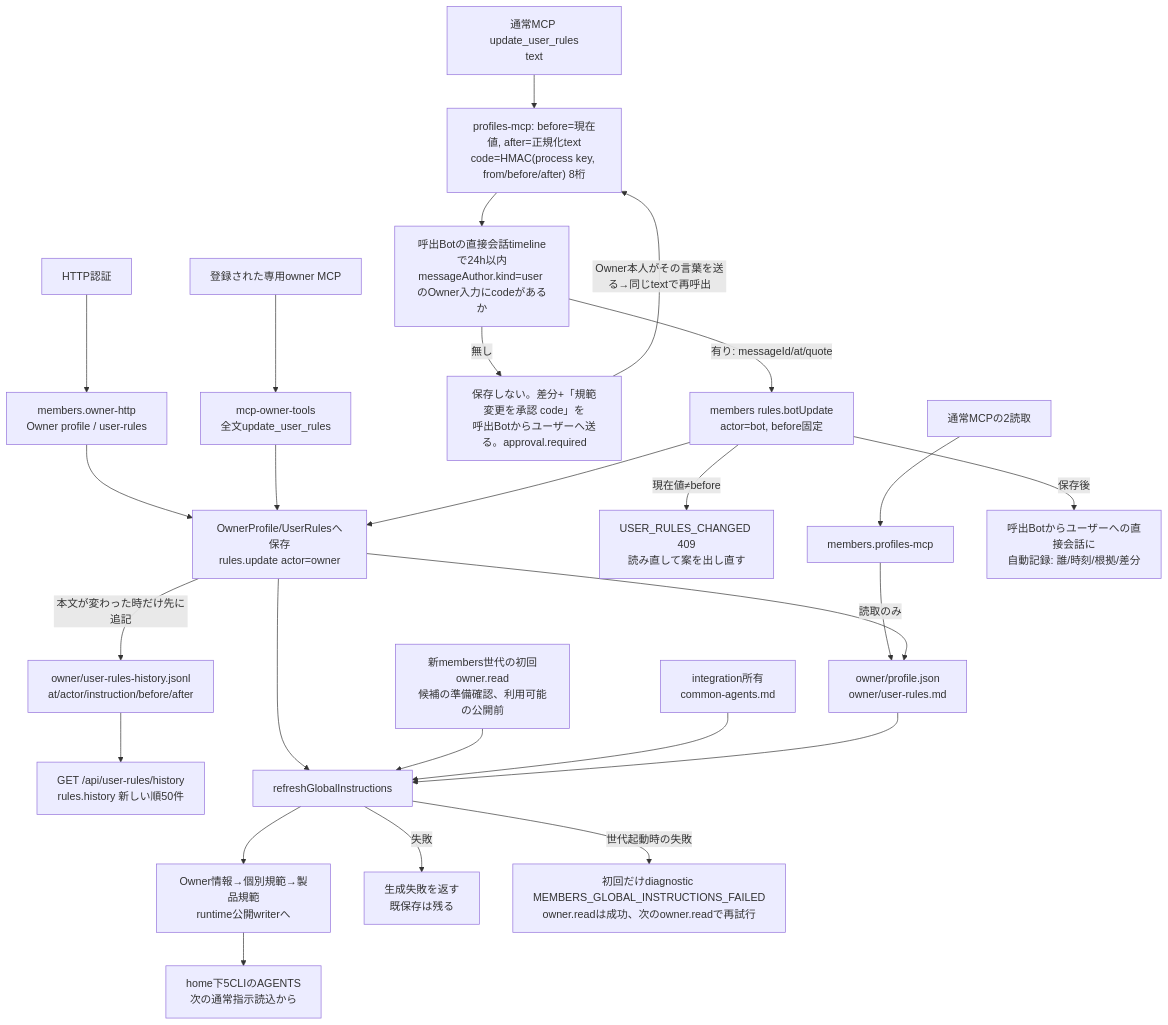
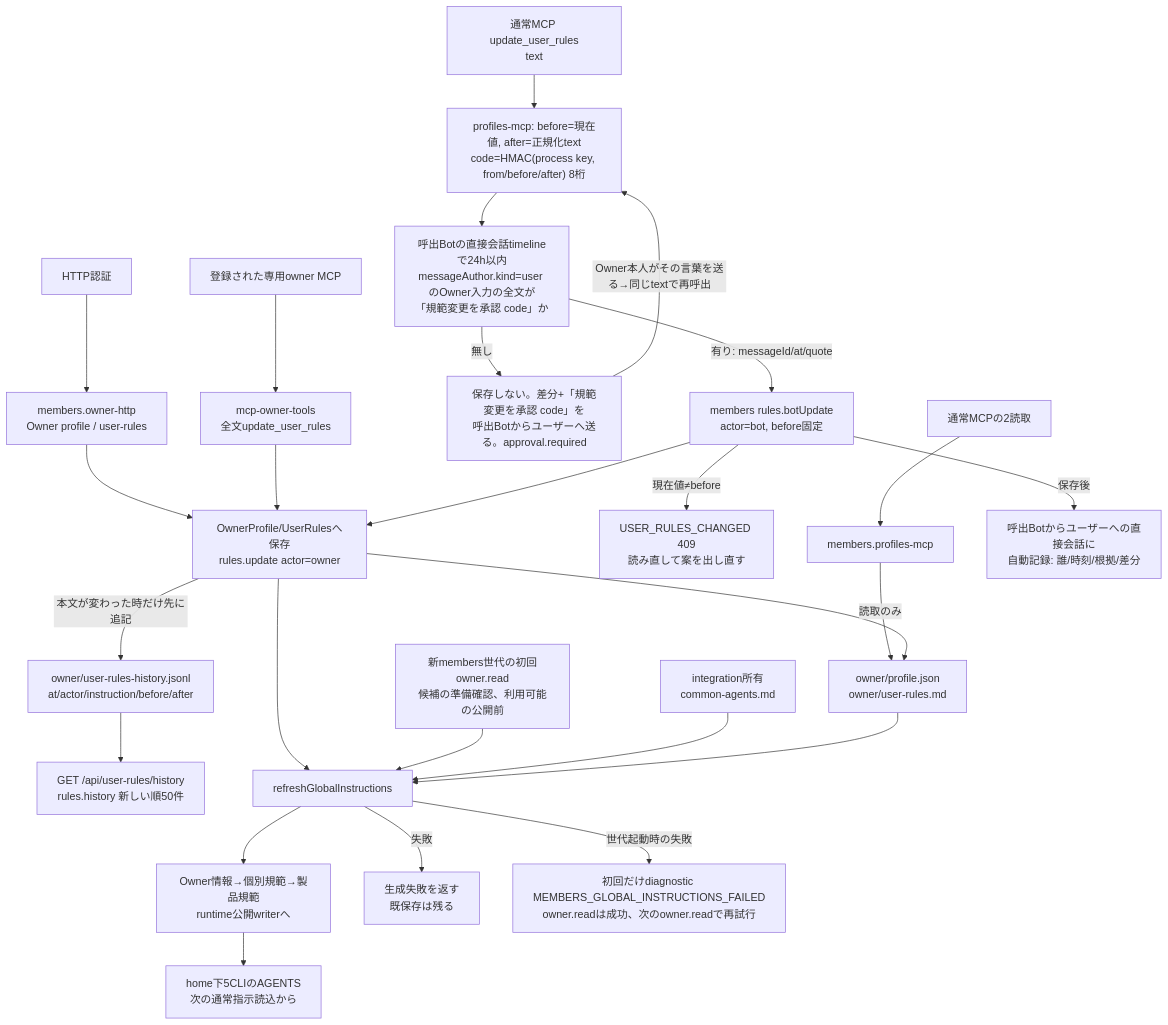
Before and after one commit to kitepon/BellTeam: the first of 3 diagrams in docs/architecture/modules/members/instructions.md, drawn with Mermaid. The commit also changed other lines of this file and 3 other files, not shown here.

````diff
--- a/docs/architecture/modules/members/instructions.md
+++ b/docs/architecture/modules/members/instructions.md
@@ -5,28 +5,28 @@
 ```mermaid
 flowchart TD
   Http["HTTP認証"] --> Owner["members.owner-http<br/>Owner profile / user-rules"]
   Read["通常MCPの2読取"] --> Member["members.profiles-mcp"]
   BotWrite["通常MCP update_user_rules<br/>text"] --> Code["profiles-mcp: before=現在値, after=正規化text<br/>code=HMAC(process key, from/before/after) 8桁"]
-  Code --> Proof["呼出Botの直接会話timelineで24h以内<br/>messageAuthor.kind=user のOwner入力にcodeがあるか"]
+  Code --> Proof["呼出Botの直接会話timelineで24h以内<br/>messageAuthor.kind=user のOwner入力の全文が<br/>「規範変更を承認 code」か"]
   Proof -->|"無し"| Proposal["保存しない。差分+「規範変更を承認 code」を<br/>呼出Botからユーザーへ送る。approval.required"]
   Proposal -->|"Owner本人がその言葉を送る→同じtextで再呼出"| Code
   Proof -->|"有り: messageId/at/quote"| BotSave["members rules.botUpdate<br/>actor=bot, before固定"]
   BotSave -->|"現在値≠before"| Changed["USER_RULES_CHANGED 409<br/>読み直して案を出し直す"]
   Dedicated["登録された専用owner MCP"] --> Rules["mcp-owner-tools<br/>全文update_user_rules"]
   Owner --> Save["OwnerProfile/UserRulesへ保存<br/>rules.update actor=owner"]
   Rules --> Save
   BotSave --> Save
   Member -->|"読取のみ"| Data["owner/profile.json<br/>owner/user-rules.md"]
   Save -->|"本文が変わった時だけ先に追記"| History["owner/user-rules-history.jsonl<br/>at/actor/instruction/before/after"]
   Save --> Data
   History --> HistoryApi["GET /api/user-rules/history<br/>rules.history 新しい順50件"]
   BotSave -->|"保存後"| Notice["呼出Botからユーザーへの直接会話に<br/>自動記録: 誰/時刻/根拠/差分"]
   Save --> Refresh["refreshGlobalInstructions"]
   Generation["新members世代の初回owner.read<br/>候補の準備確認、利用可能の公開前"] --> Refresh
   Common["integration所有<br/>common-agents.md"] --> Refresh
   Data --> Refresh
   Refresh --> Write["Owner情報→個別規範→製品規範<br/>runtime公開writerへ"]
   Write --> Globals["home下5CLIのAGENTS<br/>次の通常指示読込から"]
   Refresh -->|"失敗"| Failure["生成失敗を返す<br/>既保存は残る"]
   Refresh -->|"世代起動時の失敗"| Diagnostic["初回だけdiagnostic MEMBERS_GLOBAL_INSTRUCTIONS_FAILED<br/>owner.readは成功、次のowner.readで再試行"]
 ```
````
